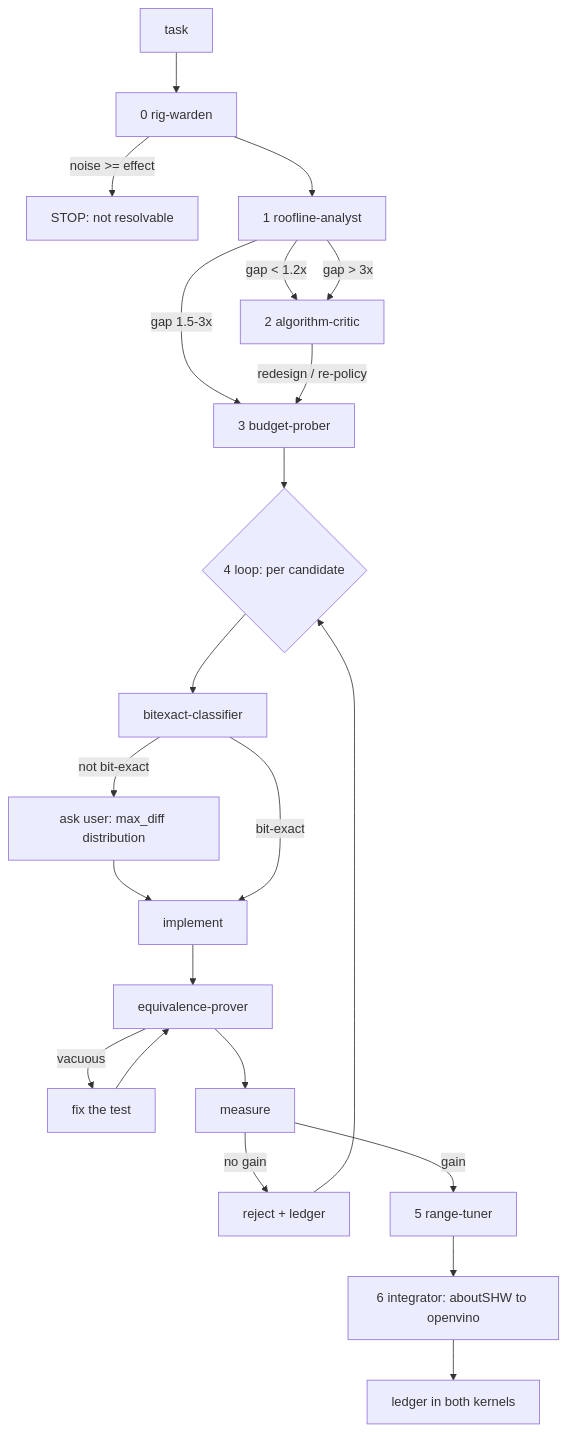
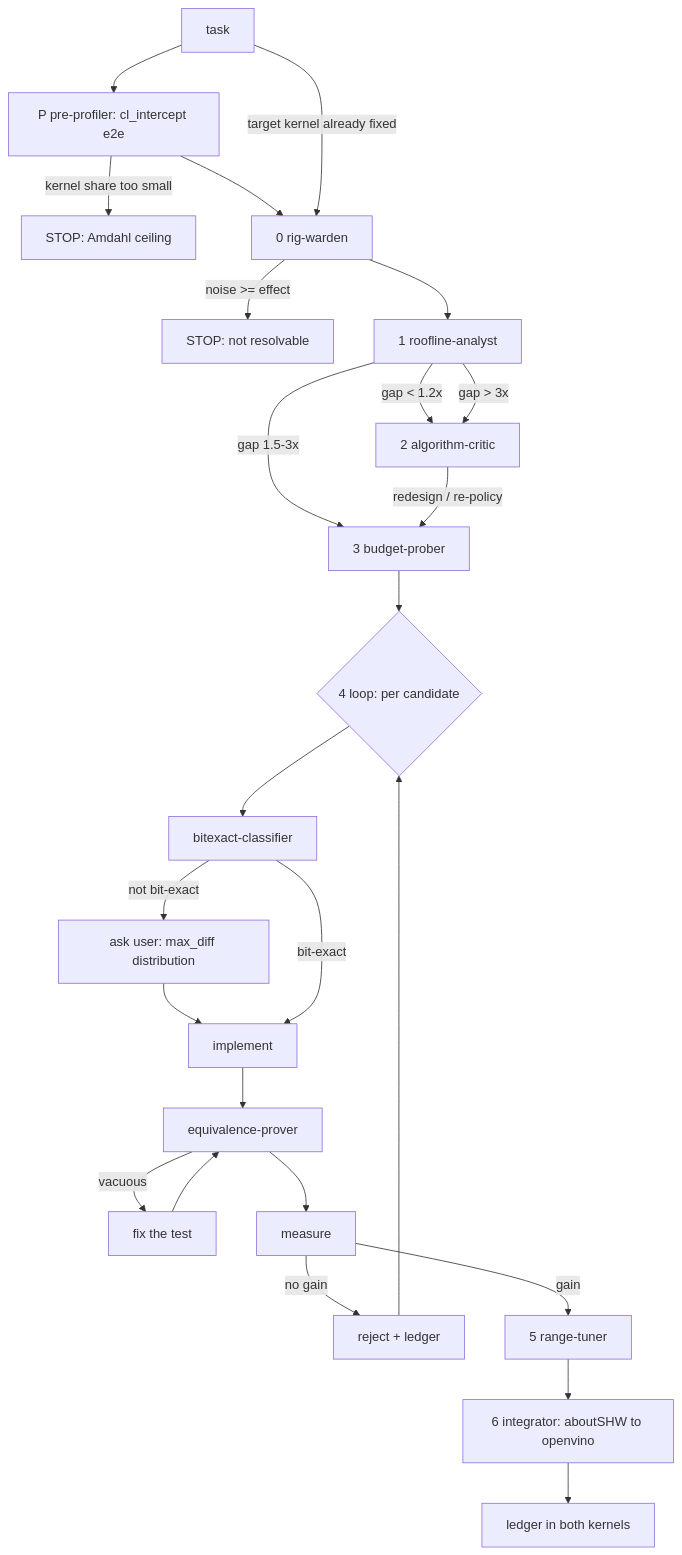
Before and after one commit to songbell/kernel-harness: the diagram in .claude/skills/cm-kernel-opt/WORKFLOW.md, drawn with Mermaid. The commit also changed other lines of this file and 53 other files, not shown here.

````diff
--- a/.claude/skills/cm-kernel-opt/WORKFLOW.md
+++ b/.claude/skills/cm-kernel-opt/WORKFLOW.md
@@ -127,22 +136,25 @@
 ```mermaid
 flowchart TD
-    T[task] --> W[0 rig-warden]
+    T[task] --> P[P pre-profiler: cl_intercept e2e]
+    P -->|kernel share too small| STOP2[STOP: Amdahl ceiling]
+    P --> W[0 rig-warden]
+    T -->|target kernel already fixed| W
     W -->|noise >= effect| STOP[STOP: not resolvable]
     W --> R[1 roofline-analyst]
     R -->|gap < 1.2x| A[2 algorithm-critic]
     R -->|gap > 3x| A
     R -->|gap 1.5-3x| B[3 budget-prober]
     A -->|redesign / re-policy| B
     B --> L{4 loop: per candidate}
     L --> C[bitexact-classifier]
     C -->|not bit-exact| U[ask user: max_diff distribution]
     U --> I[implement]
     C -->|bit-exact| I
     I --> E[equivalence-prover]
     E -->|vacuous| E2[fix the test] --> E
     E --> M[measure]
     M -->|no gain| REJ[reject + ledger] --> L
     M -->|gain| RT[5 range-tuner]
     RT --> IN[6 integrator: aboutSHW to openvino]
     IN --> LG[ledger in both kernels]
 ```
````
